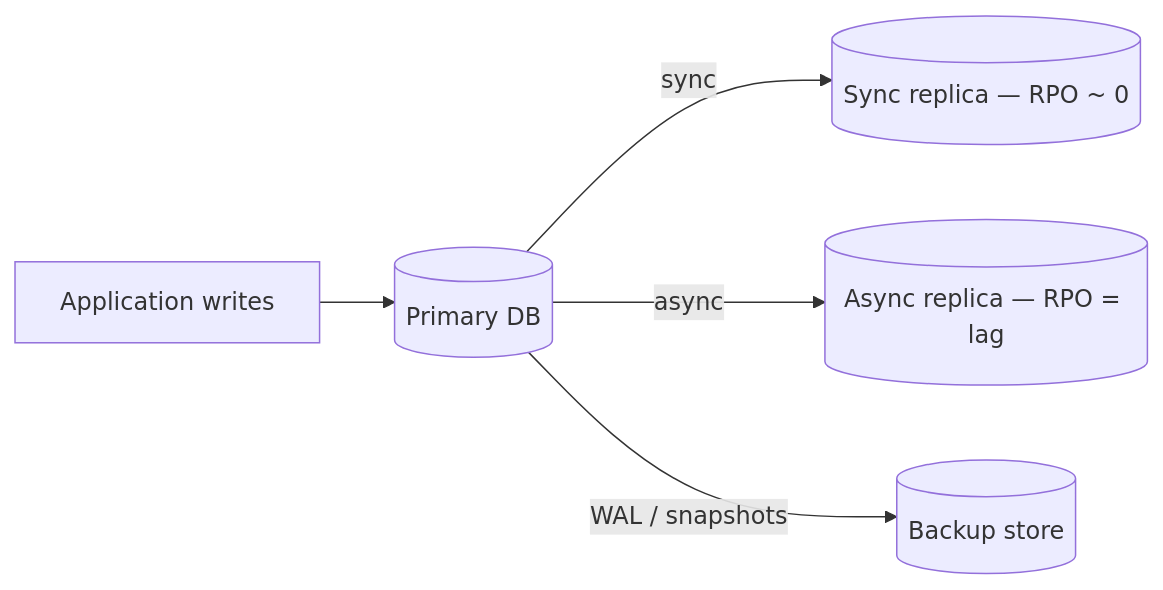
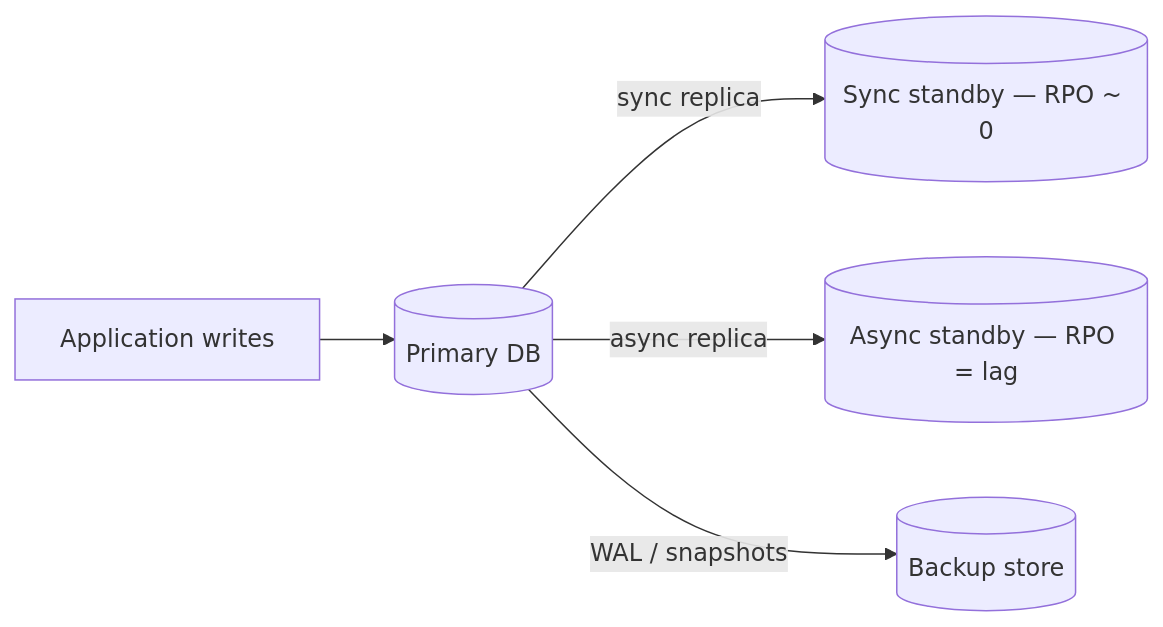
Before and after one commit to hareramcse/SystemDesign: diagram 14 of 21 in 12-reliability-engineering/README.md, drawn with Mermaid. The commit also changed other lines of this file, not shown here.

````diff
--- a/12-reliability-engineering/README.md
+++ b/12-reliability-engineering/README.md
@@ -992,7 +785,7 @@
 ```mermaid
 flowchart LR
     App[Application writes] --> Primary[(Primary DB)]
-    Primary -->|sync| SyncRep[(Sync replica — RPO ~ 0)]
-    Primary -->|async| AsyncRep[(Async replica — RPO = lag)]
+    Primary -->|sync replica| Sync[(Sync standby — RPO ~ 0)]
+    Primary -->|async replica| Async[(Async standby — RPO = lag)]
     Primary -->|WAL / snapshots| Backup[(Backup store)]
 ```
````
